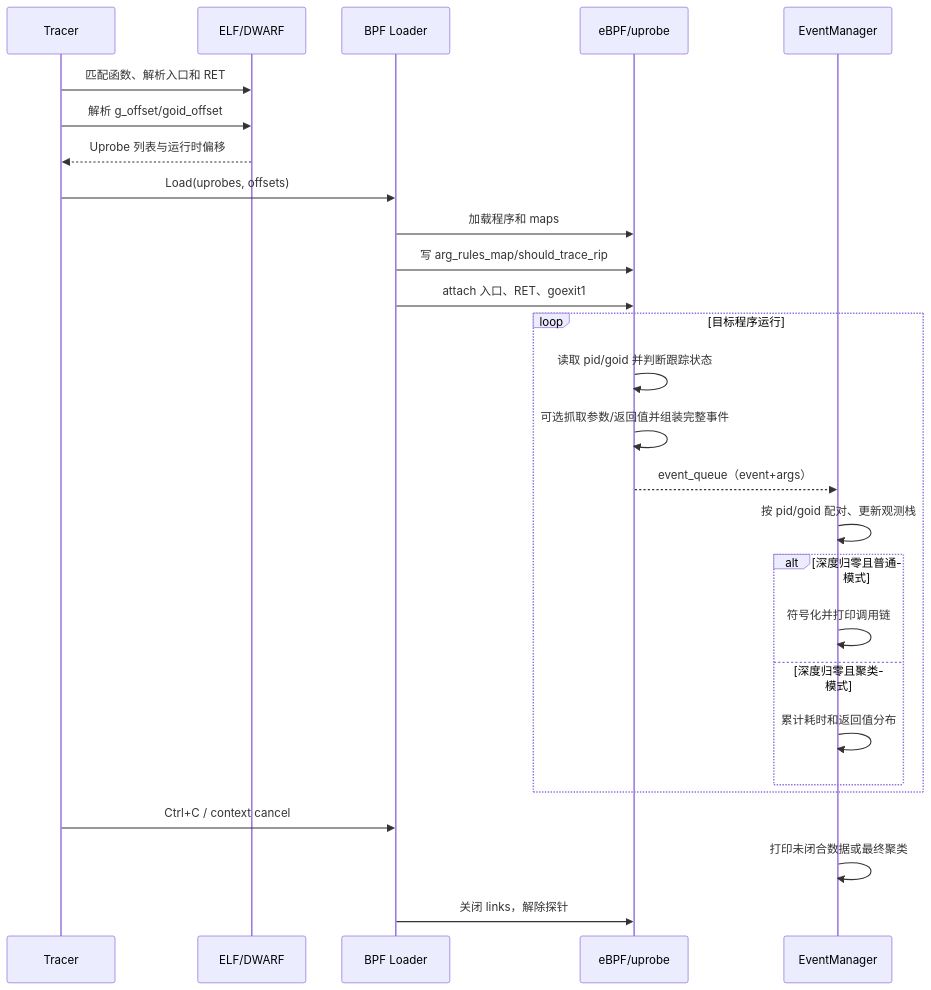
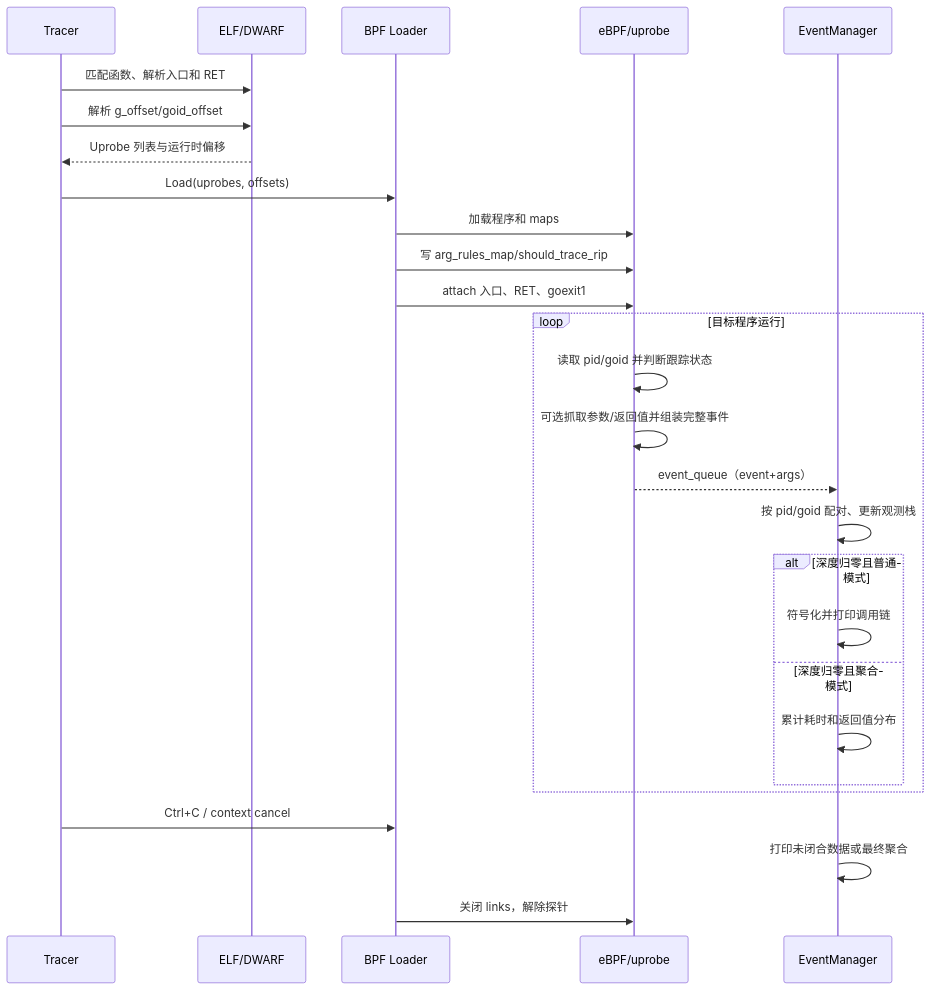
One commit to hitzhangjie/go-ftrace changed the second of 2 diagrams in docs/Design.md. Above: the diagram before and after it, drawn with Mermaid. The commit also changed other lines of this file and 11 other files, not shown here.

````diff
--- a/docs/Design.md
+++ b/docs/Design.md
@@ -468,32 +468,32 @@
 ```mermaid
 sequenceDiagram
     participant CLI as Tracer
     participant ELF as ELF/DWARF
     participant BPF as BPF Loader
     participant K as eBPF/uprobe
     participant EM as EventManager
 
     CLI->>ELF: 匹配函数、解析入口和 RET
     CLI->>ELF: 解析 g_offset/goid_offset
     ELF-->>CLI: Uprobe 列表与运行时偏移
     CLI->>BPF: Load(uprobes, offsets)
     BPF->>K: 加载程序和 maps
     BPF->>K: 写 arg_rules_map/should_trace_rip
     BPF->>K: attach 入口、RET、goexit1
 
     loop 目标程序运行
         K->>K: 读取 pid/goid 并判断跟踪状态
         K->>K: 可选抓取参数/返回值并组装完整事件
         K-->>EM: event_queue（event+args）
         EM->>EM: 按 pid/goid 配对、更新观测栈
         alt 深度归零且普通模式
             EM->>EM: 符号化并打印调用链
-        else 深度归零且聚类模式
+        else 深度归零且聚合模式
             EM->>EM: 累计耗时和返回值分布
         end
     end
 
     CLI->>BPF: Ctrl+C / context cancel
-    EM->>EM: 打印未闭合数据或最终聚类
+    EM->>EM: 打印未闭合数据或最终聚合
     BPF->>K: 关闭 links，解除探针
 ```
````
